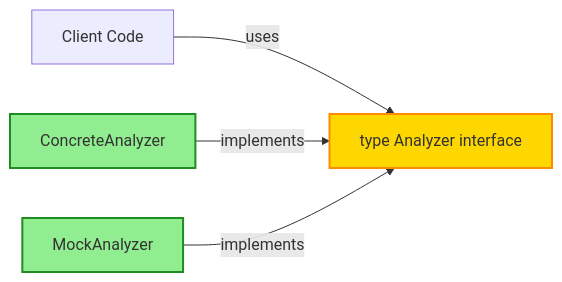
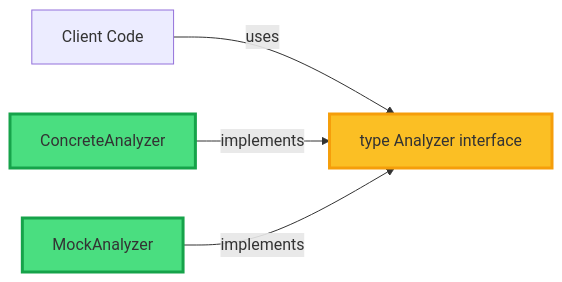
Before and after one commit to Smana/scai: the second of 3 diagrams in .claude/commands/create-pr.md, drawn with Mermaid. The commit also changed other lines of this file and 57 other files, not shown here.

````diff
--- a/.claude/commands/create-pr.md
+++ b/.claude/commands/create-pr.md
@@ -505,15 +305,15 @@
 ```mermaid
 flowchart LR
     interface["type Analyzer interface"]:::interface
     impl1["ConcreteAnalyzer"]:::impl
     impl2["MockAnalyzer"]:::impl
 
     client["Client Code"]
 
     client -- "uses" --> interface
     impl1 -- "implements" --> interface
     impl2 -- "implements" --> interface
 
-    classDef interface fill:#FFD700,stroke:#FF8C00,stroke-width:2px
-    classDef impl fill:#90EE90,stroke:#228B22,stroke-width:2px
+    classDef interface fill:#FBBF24,stroke:#F59E0B,stroke-width:3px
+    classDef impl fill:#4ADE80,stroke:#16A34A,stroke-width:3px
 ```
````
